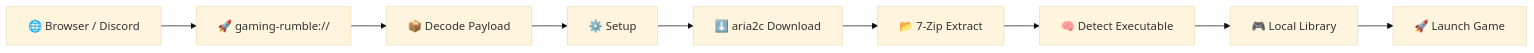
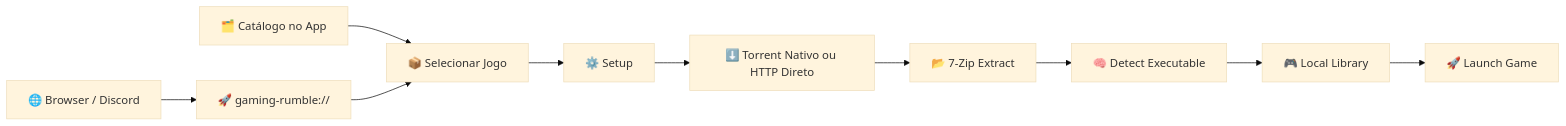
The first of 2 diagrams in README.md (kauafpssx/The-Gaming-Rumble), drawn with Mermaid (base theme) before and after one commit. The commit also changed other lines of this file, not shown here.

````diff
--- a/README.md
+++ b/README.md
@@ -81,11 +82,12 @@
 ```mermaid
 flowchart LR
-  A["🌐 Browser / Discord"] --> B["🚀 gaming-rumble://"]
-  B --> C["📦 Decode Payload"]
+  A1["🗂️ Catálogo no App"] --> C["📦 Selecionar Jogo"]
+  A2["🌐 Browser / Discord"] --> B["🚀 gaming-rumble://"]
+  B --> C
   C --> D["⚙️ Setup"]
-  D --> E["⬇️ aria2c Download"]
+  D --> E["⬇️ Torrent Nativo ou HTTP Direto"]
   E --> F["📂 7-Zip Extract"]
   F --> G["🧠 Detect Executable"]
   G --> H["🎮 Local Library"]
   H --> I["🚀 Launch Game"]
 ```
````
